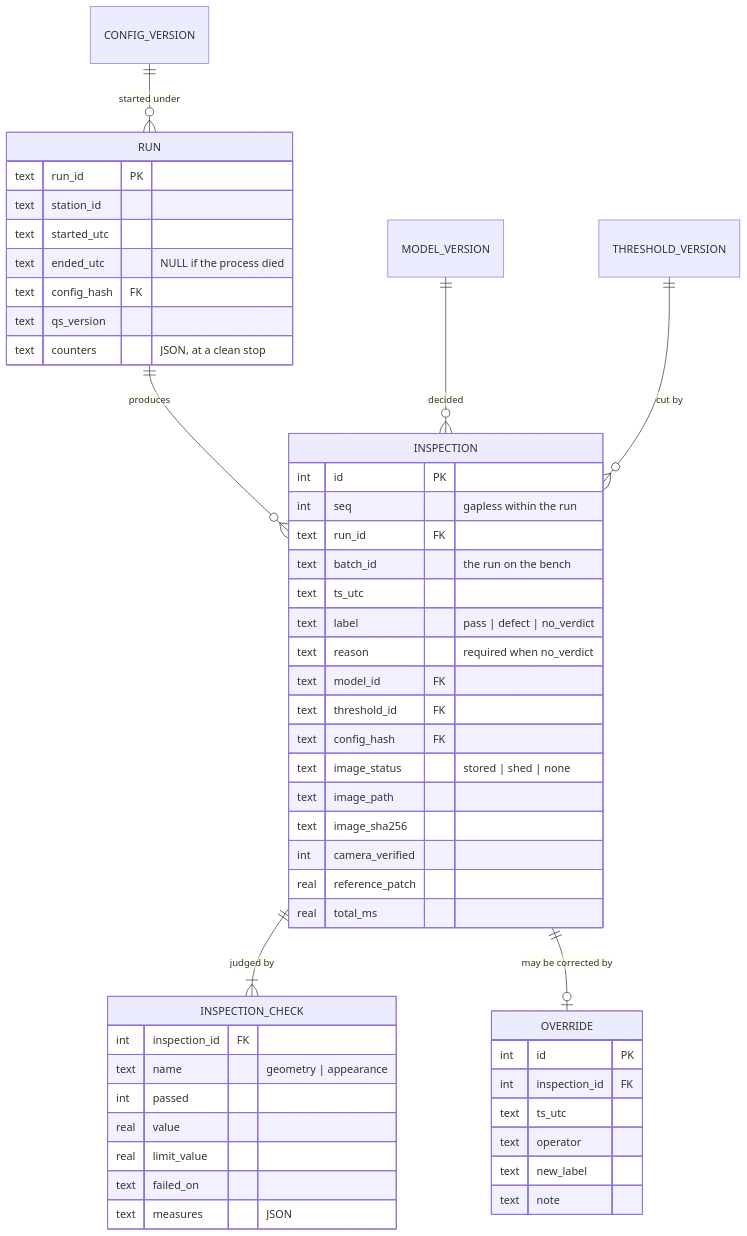
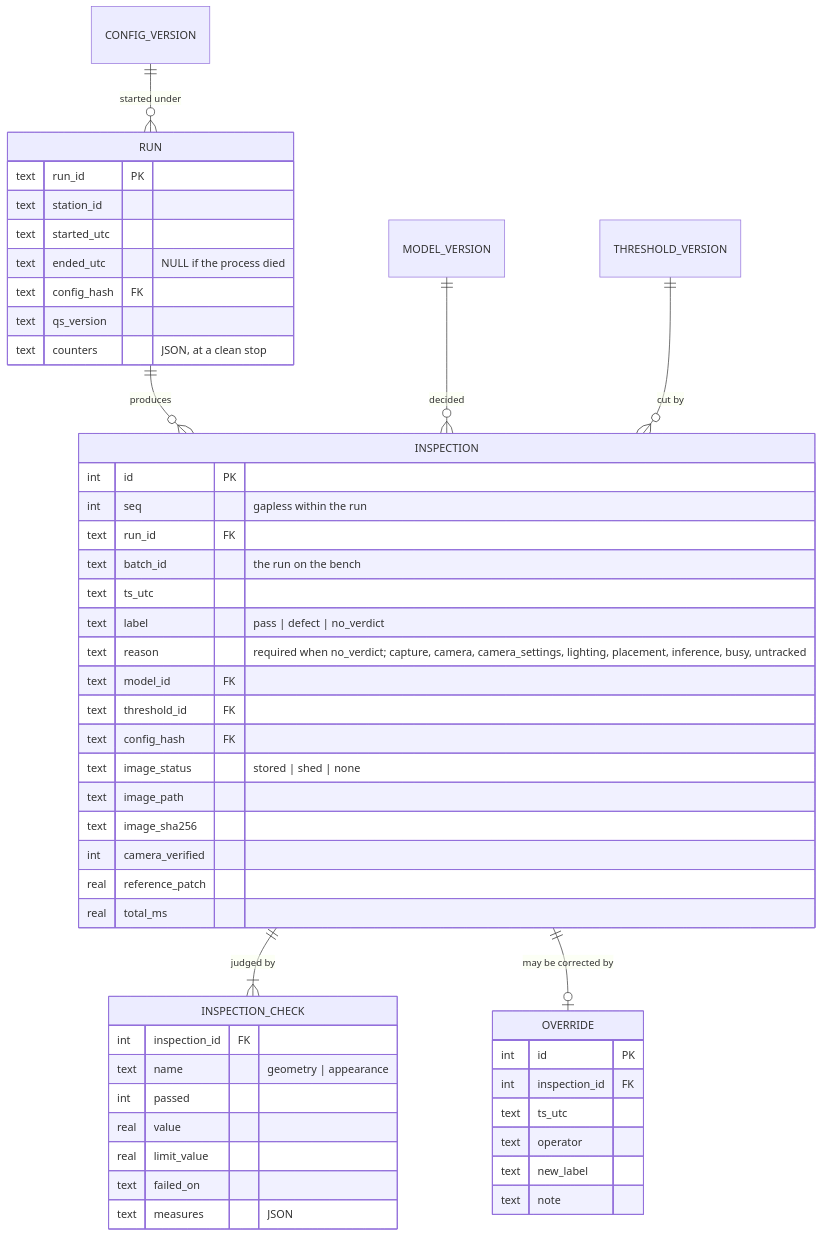
Before and after one commit to Ali-Jabowr/qs: the diagram in docs/12-data-model.md, drawn with Mermaid. The commit also changed 7 other files, not shown here.

````diff
--- a/docs/12-data-model.md
+++ b/docs/12-data-model.md
@@ -101,54 +101,54 @@
 ```mermaid
 erDiagram
     RUN ||--o{ INSPECTION : produces
     INSPECTION ||--|{ INSPECTION_CHECK : "judged by"
     INSPECTION ||--o| OVERRIDE : "may be corrected by"
     CONFIG_VERSION ||--o{ RUN : "started under"
     MODEL_VERSION ||--o{ INSPECTION : decided
     THRESHOLD_VERSION ||--o{ INSPECTION : "cut by"
 
     RUN {
         text run_id PK
         text station_id
         text started_utc
         text ended_utc "NULL if the process died"
         text config_hash FK
         text qs_version
         text counters "JSON, at a clean stop"
     }
     INSPECTION {
         int  id PK
         int  seq "gapless within the run"
         text run_id FK
         text batch_id "the run on the bench"
         text ts_utc
         text label "pass | defect | no_verdict"
-        text reason "required when no_verdict"
+        text reason "required when no_verdict; capture, camera, camera_settings, lighting, placement, inference, busy, untracked"
         text model_id FK
         text threshold_id FK
         text config_hash FK
         text image_status "stored | shed | none"
         text image_path
         text image_sha256
         int  camera_verified
         real reference_patch
         real total_ms
     }
     INSPECTION_CHECK {
         int  inspection_id FK
         text name "geometry | appearance"
         int  passed
         real value
         real limit_value
         text failed_on
         text measures "JSON"
     }
     OVERRIDE {
         int  id PK
         int  inspection_id FK
         text ts_utc
         text operator
         text new_label
         text note
     }
 ```
````
